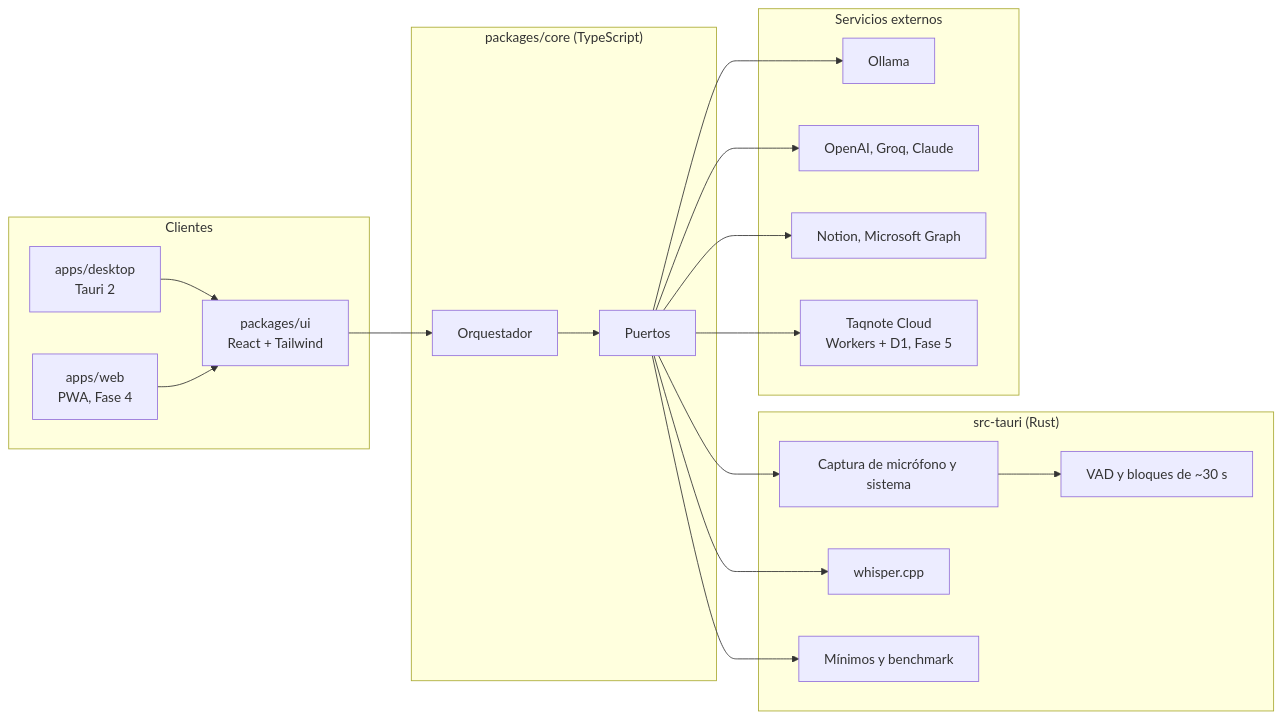
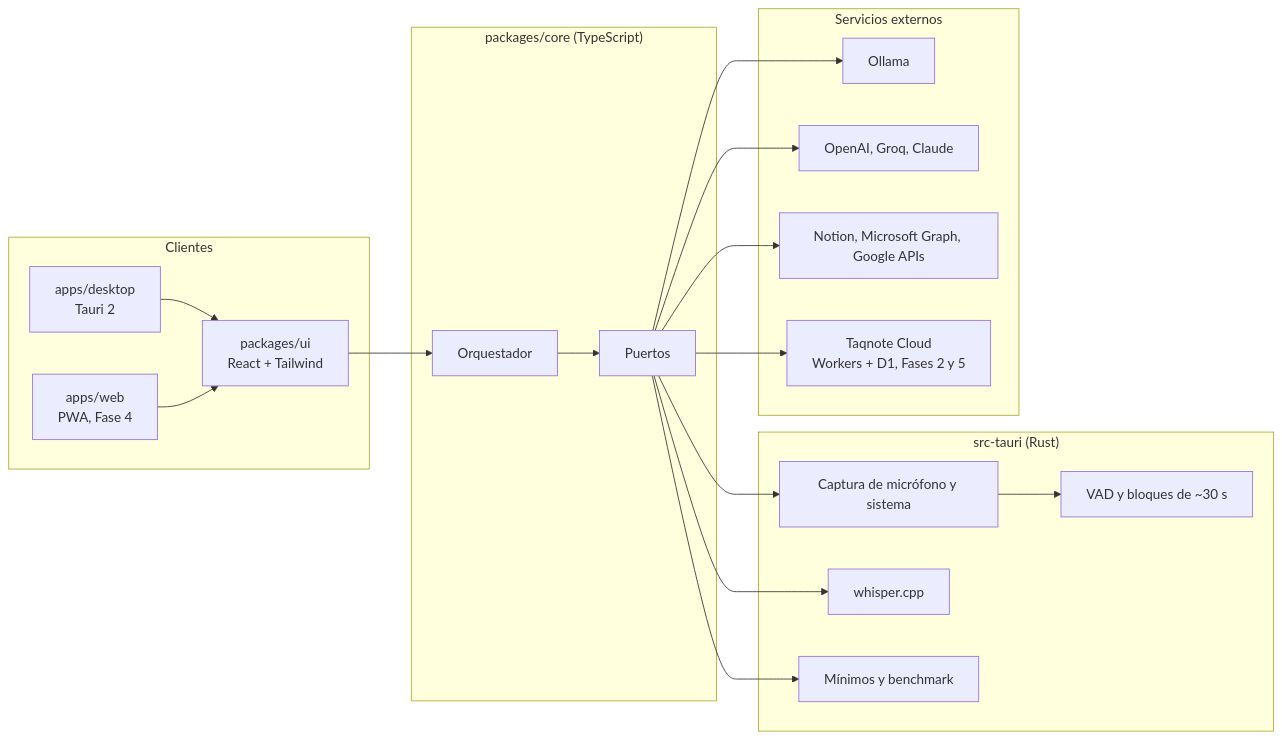
One commit to oscardarce/taqnote changed the first of 4 diagrams in docs/architecture.md. Above: the diagram before and after it, drawn with Mermaid. The commit also changed other lines of this file and 13 other files, not shown here.

````diff
--- a/docs/architecture.md
+++ b/docs/architecture.md
@@ -9,36 +9,36 @@
 ```mermaid
 flowchart LR
     subgraph clientes ["Clientes"]
         DESK["apps/desktop<br/>Tauri 2"]
         WEB["apps/web<br/>PWA, Fase 4"]
         UI["packages/ui<br/>React + Tailwind"]
     end
     subgraph nucleo ["packages/core (TypeScript)"]
         ORQ["Orquestador"]
         PORTS["Puertos"]
     end
     subgraph nativo ["src-tauri (Rust)"]
         CAP["Captura de micrófono y sistema"]
         VAD["VAD y bloques de ~30 s"]
         ASR["whisper.cpp"]
         HW["Mínimos y benchmark"]
     end
     subgraph externos ["Servicios externos"]
         OLL["Ollama"]
         API["OpenAI, Groq, Claude"]
-        DEST["Notion, Microsoft Graph"]
-        CLOUD["Taqnote Cloud<br/>Workers + D1, Fase 5"]
+        DEST["Notion, Microsoft Graph, Google APIs"]
+        CLOUD["Taqnote Cloud<br/>Workers + D1, Fases 2 y 5"]
     end
     DESK --> UI
     WEB --> UI
     UI --> ORQ
     ORQ --> PORTS
     PORTS --> CAP
     CAP --> VAD
     PORTS --> ASR
     PORTS --> HW
     PORTS --> OLL
     PORTS --> API
     PORTS --> DEST
     PORTS --> CLOUD
 ```
````
